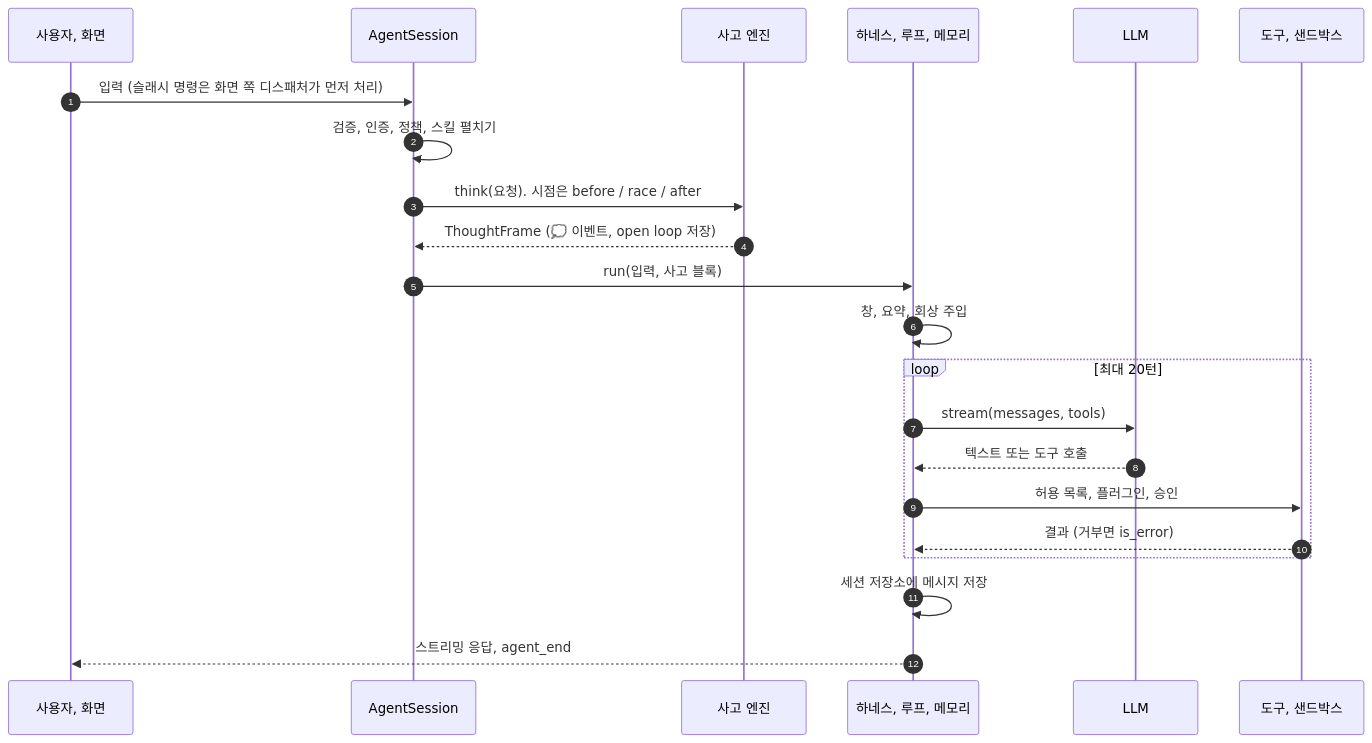
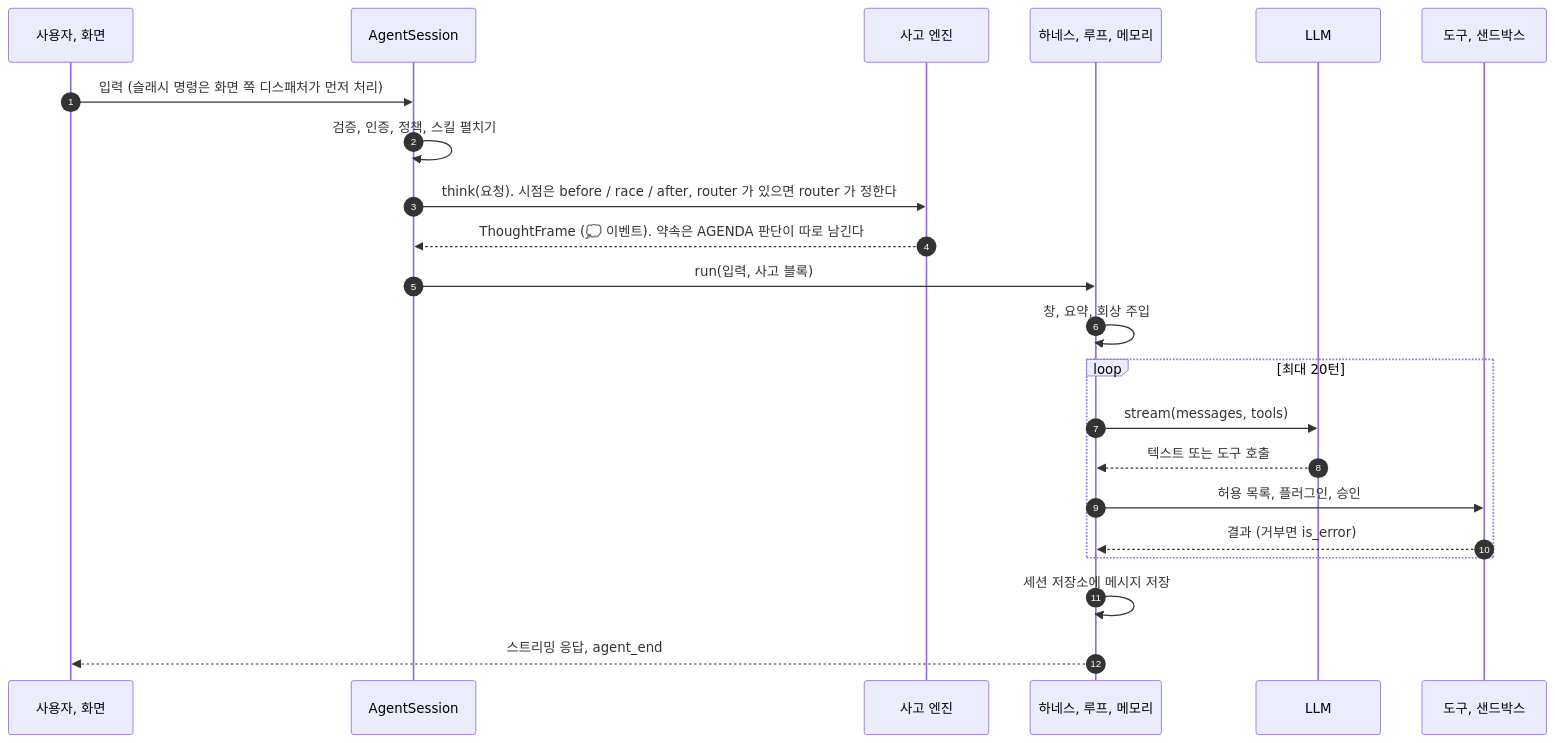
One commit to ash-hun/jarvis-agent changed the second of 3 diagrams in website/docs/concepts/architecture/index.md. Above: the diagram before and after it, drawn with Mermaid. The commit also changed other lines of this file and 30 other files, not shown here.

First line of the commit message:
Docs: 기능별 그림 13장과 캡션, mermaid 를 지금 코드에 맞춰, 사라진 메모리 미들웨어와 ThoughtFrame 약속 필드를 지우고 이후 추가된 경로를 그린다 (#179)

````diff
--- a/website/docs/concepts/architecture/index.md
+++ b/website/docs/concepts/architecture/index.md
@@ -67,25 +72,25 @@
 ```mermaid
 sequenceDiagram
   autonumber
   participant U as 사용자, 화면
   participant S as AgentSession
   participant T as 사고 엔진
   participant H as 하네스, 루프, 메모리
   participant L as LLM
   participant X as 도구, 샌드박스
 
   U->>S: 입력 (슬래시 명령은 화면 쪽 디스패처가 먼저 처리)
   S->>S: 검증, 인증, 정책, 스킬 펼치기
-  S->>T: think(요청). 시점은 before / race / after
-  T-->>S: ThoughtFrame (💭 이벤트, open loop 저장)
+  S->>T: think(요청). 시점은 before / race / after, router 가 있으면 router 가 정한다
+  T-->>S: ThoughtFrame (💭 이벤트). 약속은 AGENDA 판단이 따로 남긴다
   S->>H: run(입력, 사고 블록)
   H->>H: 창, 요약, 회상 주입
   loop 최대 20턴
     H->>L: stream(messages, tools)
     L-->>H: 텍스트 또는 도구 호출
     H->>X: 허용 목록, 플러그인, 승인
     X-->>H: 결과 (거부면 is_error)
   end
   H->>H: 세션 저장소에 메시지 저장
   H-->>U: 스트리밍 응답, agent_end
 ```
````
